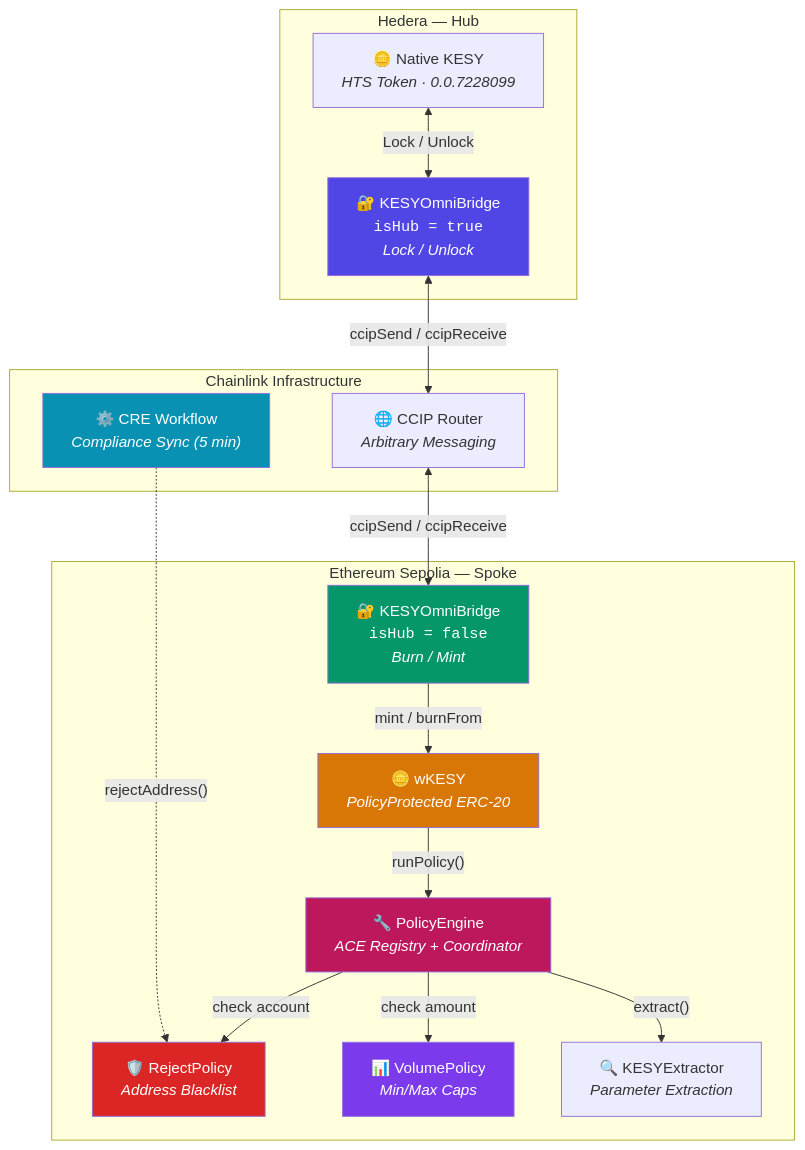
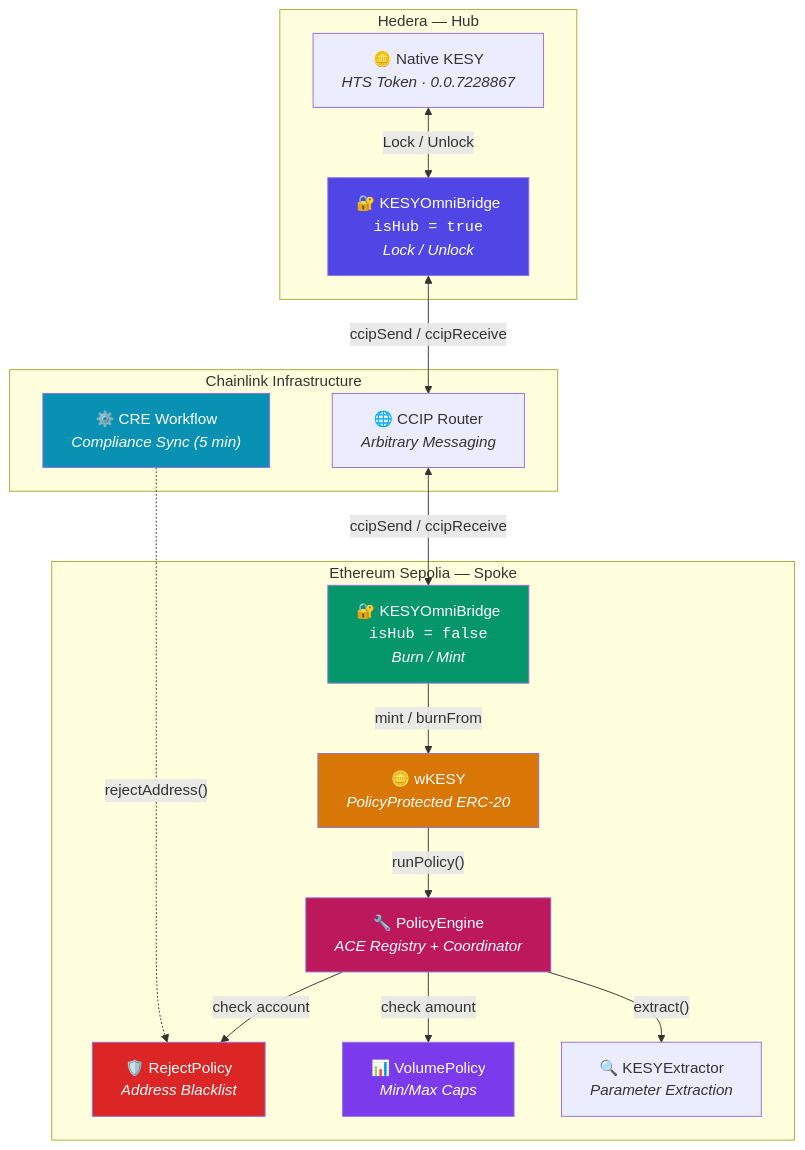
One commit to nhx-finance/bridge changed the first of 2 diagrams in contracts/README.md. Above: the diagram before and after it, drawn with Mermaid. The commit also changed other lines of this file and 11 other files, not shown here.

````diff
--- a/contracts/README.md
+++ b/contracts/README.md
@@ -15,39 +15,39 @@
 ```mermaid
 graph TD
     subgraph "Hedera — Hub"
-        KESY["🪙 Native KESY<br/><i>HTS Token · 0.0.7228099</i>"]
+        KESY["🪙 Native KESY<br/><i>HTS Token · 0.0.7228867</i>"]
         HUB["🔐 KESYOmniBridge<br/><code>isHub = true</code><br/><i>Lock / Unlock</i>"]
     end
 
     subgraph "Chainlink Infrastructure"
         CCIP["🌐 CCIP Router<br/><i>Arbitrary Messaging</i>"]
         CRE["⚙️ CRE Workflow<br/><i>Compliance Sync (5 min)</i>"]
     end
 
     subgraph "Ethereum Sepolia — Spoke"
         PE["🔧 PolicyEngine<br/><i>ACE Registry + Coordinator</i>"]
         RP["🛡️ RejectPolicy<br/><i>Address Blacklist</i>"]
         VP["📊 VolumePolicy<br/><i>Min/Max Caps</i>"]
         EX["🔍 KESYExtractor<br/><i>Parameter Extraction</i>"]
         WKESY["🪙 wKESY<br/><i>PolicyProtected ERC-20</i>"]
         SPOKE["🔐 KESYOmniBridge<br/><code>isHub = false</code><br/><i>Burn / Mint</i>"]
     end
 
     KESY <-->|"Lock / Unlock"| HUB
     HUB <-->|"ccipSend / ccipReceive"| CCIP
     CCIP <-->|"ccipSend / ccipReceive"| SPOKE
     SPOKE -->|"mint / burnFrom"| WKESY
     WKESY -->|"runPolicy()"| PE
     PE -->|"extract()"| EX
     PE -->|"check account"| RP
     PE -->|"check amount"| VP
     CRE -.->|"rejectAddress()"| RP
 
     style HUB fill:#4F46E5,color:#fff
     style SPOKE fill:#059669,color:#fff
     style WKESY fill:#D97706,color:#fff
     style PE fill:#BE185D,color:#fff
     style RP fill:#DC2626,color:#fff
     style VP fill:#7C3AED,color:#fff
     style CRE fill:#0891B2,color:#fff
 ```
````
